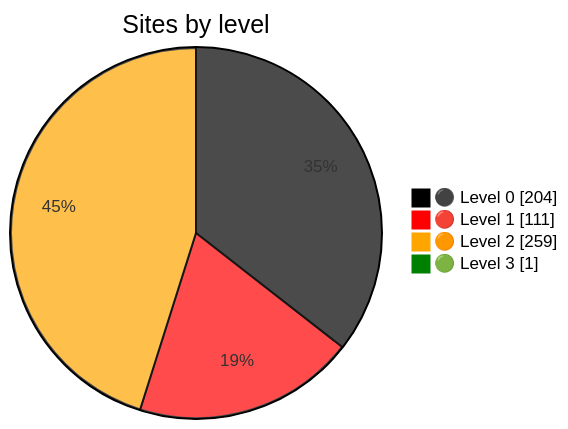
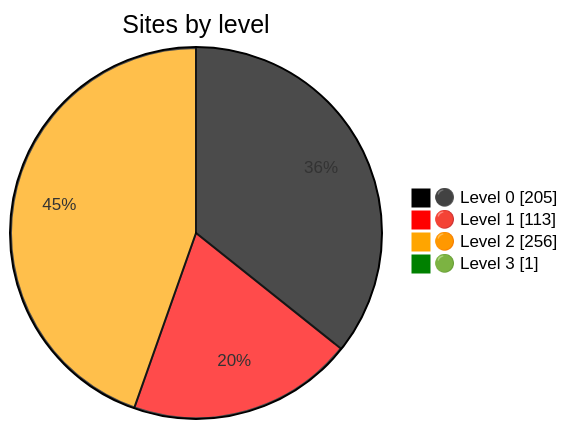
Before and after one commit to nuuuwan/gov_lk_web_auditor: the diagram in README.md, drawn with Mermaid. The commit also changed other lines of this file and 2562 other files, not shown here.

````diff
--- a/README.md
+++ b/README.md
@@ -24,9 +24,9 @@
 ```mermaid
 %%{init: {"themeVariables":{"pie1":"black","pie2":"red","pie3":"orange","pie4":"green"}}}%%
 pie showData
     title Sites by level
-    "⚫ Level 0" : 204
-    "🔴 Level 1" : 111
-    "🟠 Level 2" : 259
+    "⚫ Level 0" : 205
+    "🔴 Level 1" : 113
+    "🟠 Level 2" : 256
     "🟢 Level 3" : 1
 ```
````
